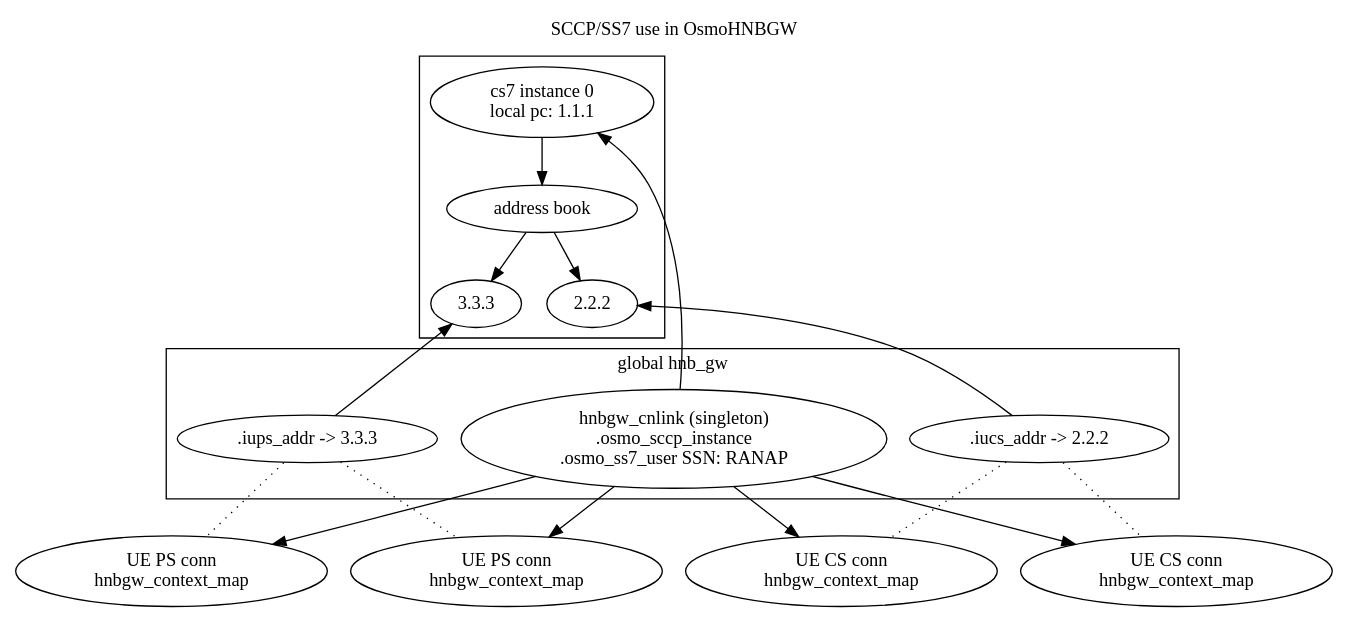
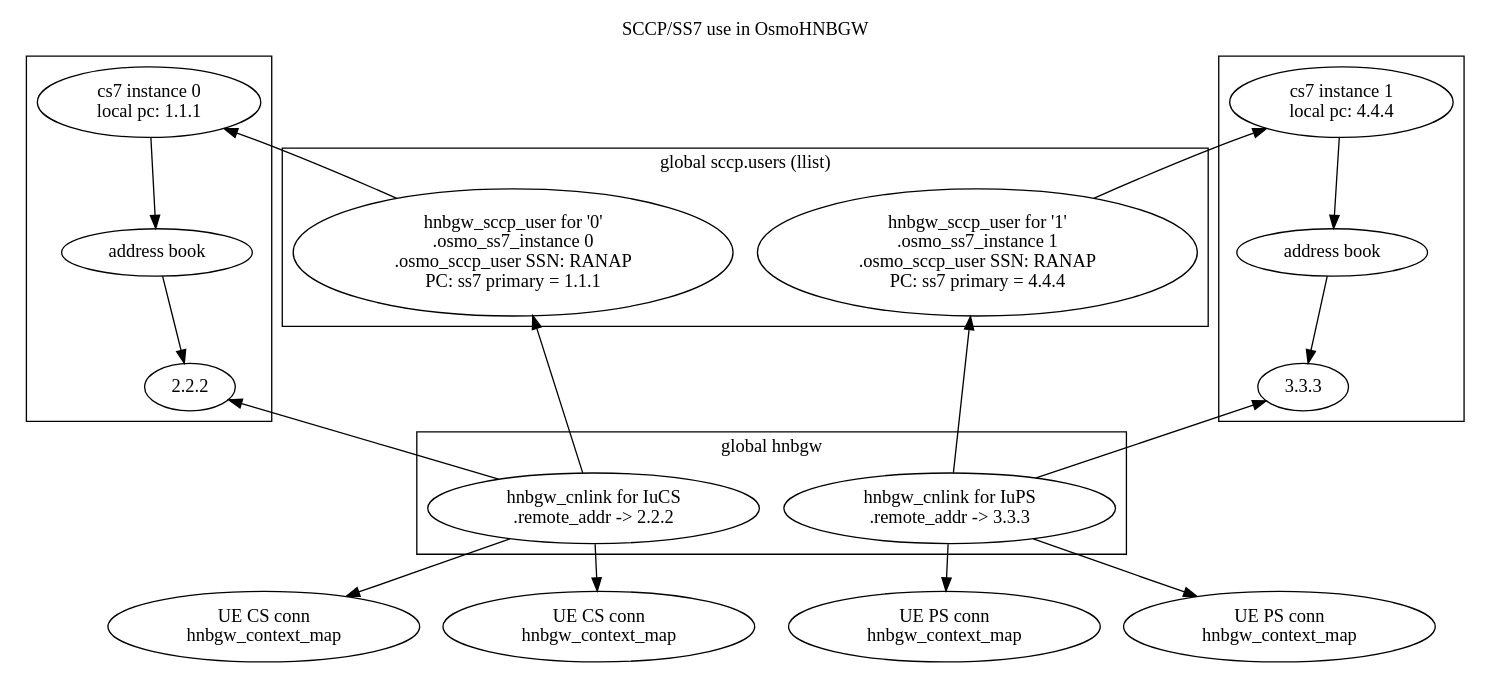
The diagram in doc/charts/sccp.dot (osmocom/osmo-hnbgw), drawn with Graphviz before and after one commit. The commit also changed 17 other files, not shown here.

```diff
--- a/doc/charts/sccp.dot
+++ b/doc/charts/sccp.dot
@@ -1,37 +1,58 @@
 digraph G {
 rankdir=TB
 labelloc=t; label="SCCP/SS7 use in OsmoHNBGW"
 
 	subgraph cluster_ss0 {
 		label=""
 		ss0 [label="cs7 instance 0\n local pc: 1.1.1"]
 		ss0ab [label="address book"]
 		ss0 -> ss0ab
 
 		msc0a [label="2.2.2"]
-		sgsn0a [label="3.3.3"]
-		ss0ab -> msc0a,sgsn0a
+		ss0ab -> msc0a
 	}
 
-	iucs_addr [label=".iucs_addr -> 2.2.2"]
-	iups_addr [label=".iups_addr -> 3.3.3"]
-	msc0a -> iucs_addr [dir=back]
-	sgsn0a -> iups_addr [dir=back]
-	cnlink [label="hnbgw_cnlink (singleton)\n .osmo_sccp_instance\n .osmo_ss7_user SSN: RANAP"];
-	ss0 -> cnlink [dir=back]
+	sccp0 [label="hnbgw_sccp_user for '0'\n .osmo_ss7_instance 0\n .osmo_sccp_user SSN: RANAP\n PC: ss7 primary = 1.1.1"];
+	ss0 -> sccp0 [dir=back]
+
+	msc0 [label="hnbgw_cnlink for IuCS\n .remote_addr -> 2.2.2"]
+	sccp0 -> msc0 [dir=back]
+	msc0a -> msc0 [dir=back]
 
 	cs0 [label="UE CS conn\n hnbgw_context_map"]
 	cs1 [label="UE CS conn\n hnbgw_context_map"]
+	msc0 -> cs0,cs1
+
+	subgraph cluster_ss1 {
+		label=""
+		ss1 [label="cs7 instance 1\n local pc: 4.4.4"]
+		ss1ab [label="address book"]
+		ss1 -> ss1ab
+
+		sgsn0a [label="3.3.3"]
+		ss1ab -> sgsn0a
+	}
+
+	sccp1 [label="hnbgw_sccp_user for '1'\n .osmo_ss7_instance 1\n .osmo_sccp_user SSN: RANAP\n PC: ss7 primary = 4.4.4"];
+	ss1 -> sccp1 [dir=back]
+
+	sgsn0 [label="hnbgw_cnlink for IuPS\n .remote_addr -> 3.3.3"]
+	sccp1 -> sgsn0 [dir=back]
+	sgsn0a -> sgsn0 [dir=back]
+
 	ps0 [label="UE PS conn\n hnbgw_context_map"]
 	ps1 [label="UE PS conn\n hnbgw_context_map"]
-	cnlink -> cs0,cs1,ps0,ps1
-	iucs_addr -> cs0,cs1 [style=dotted,dir=none]
-	iups_addr -> ps0,ps1 [style=dotted,dir=none]
+	sgsn0 -> ps0,ps1
+
+	subgraph cluster_sccp_inst {
+		label="global sccp.users (llist)"
+		sccp0
+		sccp1
+	}
 
 	subgraph cluster_hnbgw {
-		label="global hnb_gw"
-		cnlink
-		iucs_addr
-		iups_addr
+		label="global hnbgw"
+		msc0
+		sgsn0
 	}
 }
```
